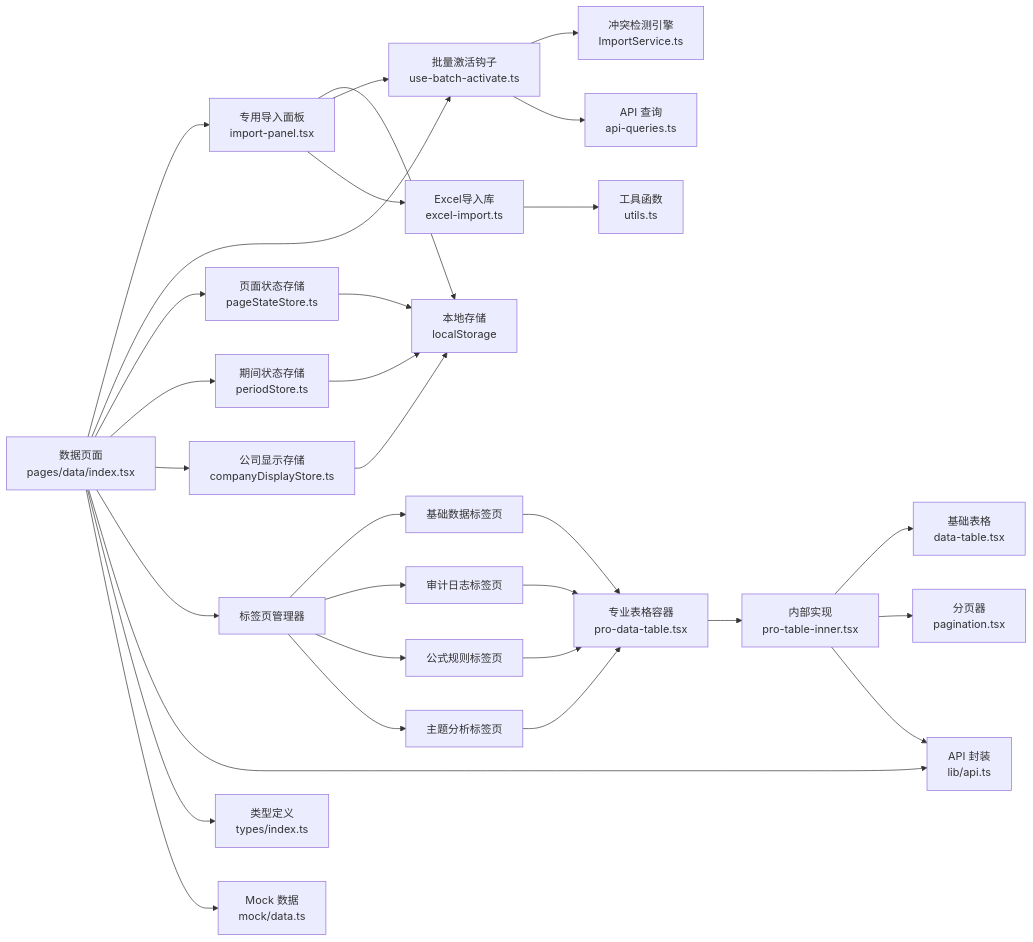
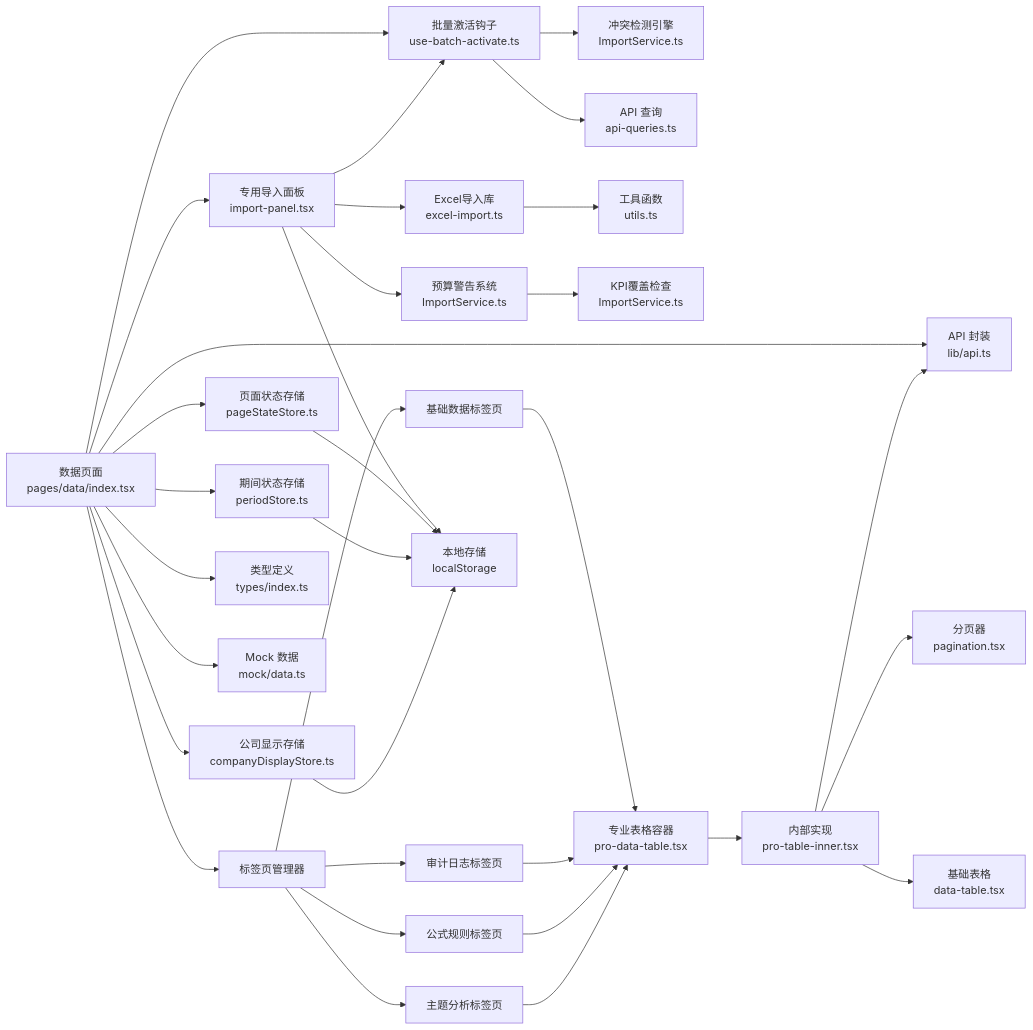
Before and after one commit to Damao997/newproject: the eighth of 8 diagrams in .qoder/repowiki/zh/content/页面组件/数据管理页面/数据管理页面.md, drawn with Mermaid. The commit also changed other lines of this file and 62 other files, not shown here.

````diff
--- a/.qoder/repowiki/zh/content/页面组件/数据管理页面/数据管理页面.md
+++ b/.qoder/repowiki/zh/content/页面组件/数据管理页面/数据管理页面.md
@@ -632,33 +753,35 @@
 ```mermaid
 graph LR
 DataPage["数据页面<br/>pages/data/index.tsx"] --> ImportPanel["专用导入面板<br/>import-panel.tsx"]
 DataPage --> BatchHook["批量激活钩子<br/>use-batch-activate.ts"]
 DataPage --> PageStore["页面状态存储<br/>pageStateStore.ts"]
 DataPage --> PeriodStore["期间状态存储<br/>periodStore.ts"]
 DataPage --> CompanyStore["公司显示存储<br/>companyDisplayStore.ts"]
 DataPage --> TabManager["标签页管理器"]
 TabManager --> Tab1["基础数据标签页"]
 TabManager --> Tab2["审计日志标签页"]
 TabManager --> Tab3["公式规则标签页"]
 TabManager --> Tab4["主题分析标签页"]
 ImportPanel --> LocalStorage["本地存储<br/>localStorage"]
 ImportPanel --> BatchHook
 ImportPanel --> ExcelImport["Excel导入库<br/>excel-import.ts"]
+ImportPanel --> BudgetWarnings["预算警告系统<br/>ImportService.ts"]
 BatchHook --> ConflictEngine["冲突检测引擎<br/>ImportService.ts"]
 BatchHook --> APIQueries["API 查询<br/>api-queries.ts"]
 PageStore --> LocalStorage
 PeriodStore --> LocalStorage
 CompanyStore --> LocalStorage
 ExcelImport --> Utils["工具函数<br/>utils.ts"]
+BudgetWarnings --> KpiCoverage["KPI覆盖检查<br/>ImportService.ts"]
 Tab1 --> Pro["专业表格容器<br/>pro-data-table.tsx"]
 Tab2 --> Pro
 Tab3 --> Pro
 Tab4 --> Pro
 Pro --> Inner["内部实现<br/>pro-table-inner.tsx"]
 Inner --> Base["基础表格<br/>data-table.tsx"]
 Inner --> Pag["分页器<br/>pagination.tsx"]
 DataPage --> API["API 封装<br/>lib/api.ts"]
 Inner --> API
 DataPage --> Types["类型定义<br/>types/index.ts"]
 DataPage --> Mock["Mock 数据<br/>mock/data.ts"]
 ```
````
